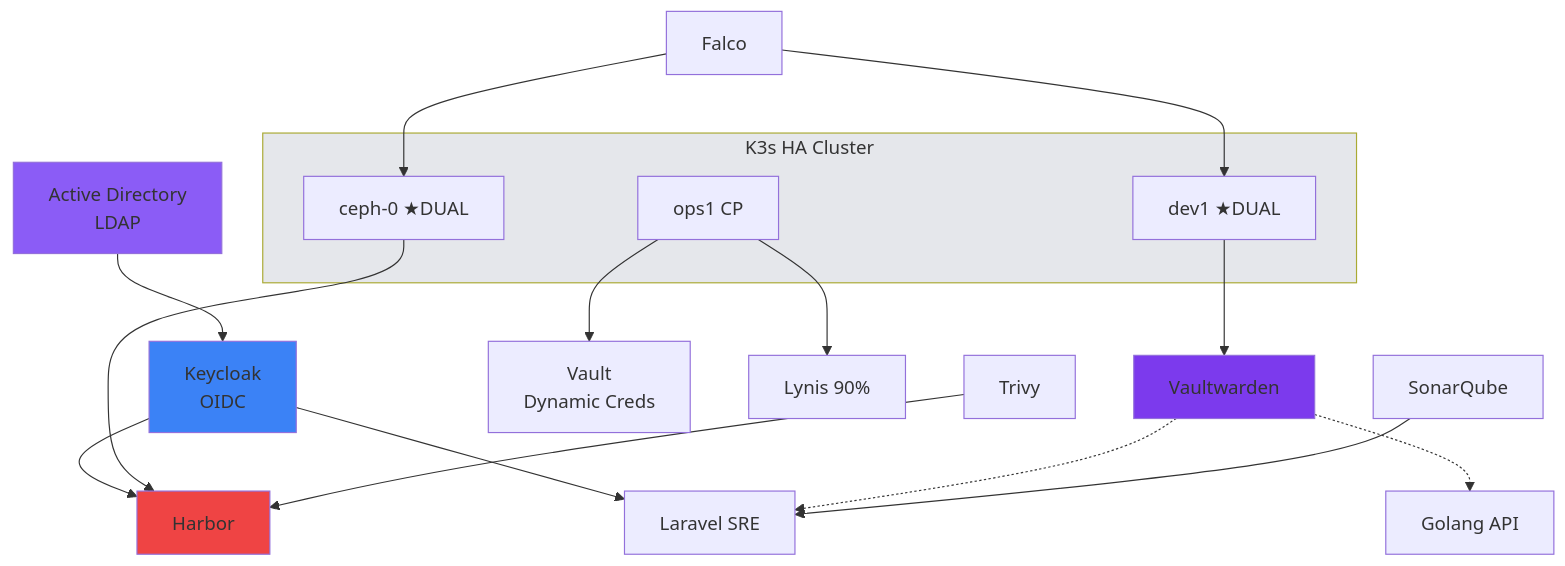
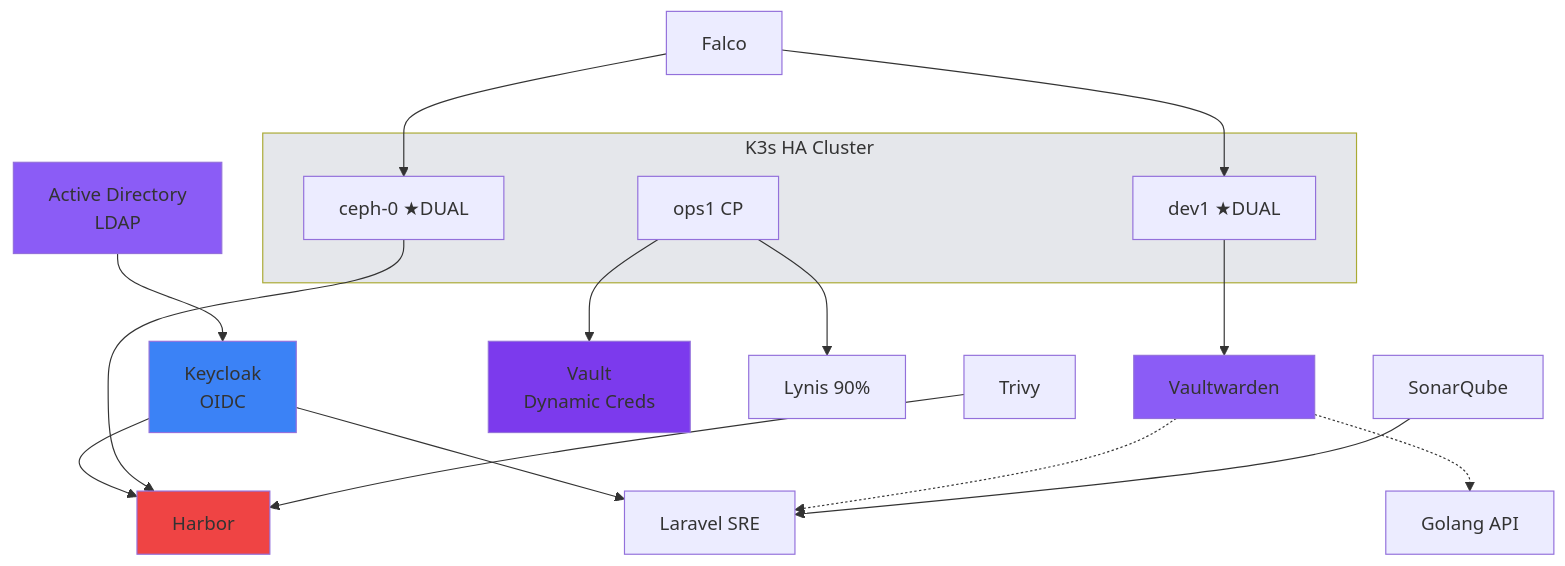
Before and after one commit to matahariku/matahariku: the third of 3 diagrams in README.md, drawn with Mermaid. The commit also changed other lines of this file, not shown here.

````diff
--- a/README.md
+++ b/README.md
@@ -167,32 +167,32 @@
 ```mermaid
 flowchart TB
     AD[Active Directory<br/>LDAP] --> KC[Keycloak<br/>OIDC]
     
     subgraph K3S["K3s HA Cluster"]
         P1[ceph-0 ★DUAL]
         P2[dev1 ★DUAL]
         P3[ops1 CP]
     end
     
     KC --> H[Harbor]
     KC --> A[Laravel SRE]
     
     P1 --> H
     P2 --> VW[Vaultwarden]
     P3 --> HV[Vault<br/>Dynamic Creds]
     P3 --> L[Lynis 90%]
     
     VW -.-> A
     VW -.-> B[Golang API]
     T[Trivy] --> H
     F[Falco] --> P1
     F --> P2
     SQ[SonarQube] --> A
     
     style AD fill:#8b5cf6
     style KC fill:#3b82f6
     style K3S fill:#e5e7eb
     style H fill:#ef4444
     style VW fill:#8b5cf6
-    style VW fill:#7c3aed
+    style HV fill:#7c3aed
 ```
````
